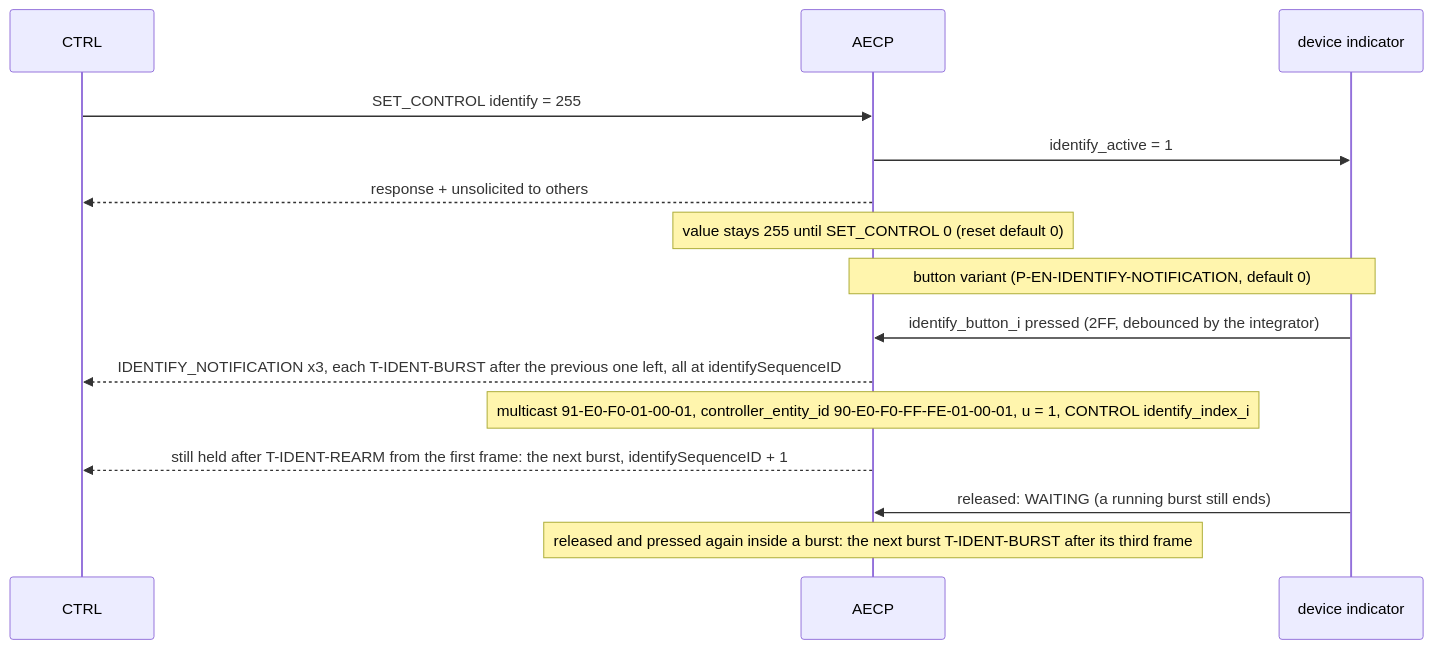
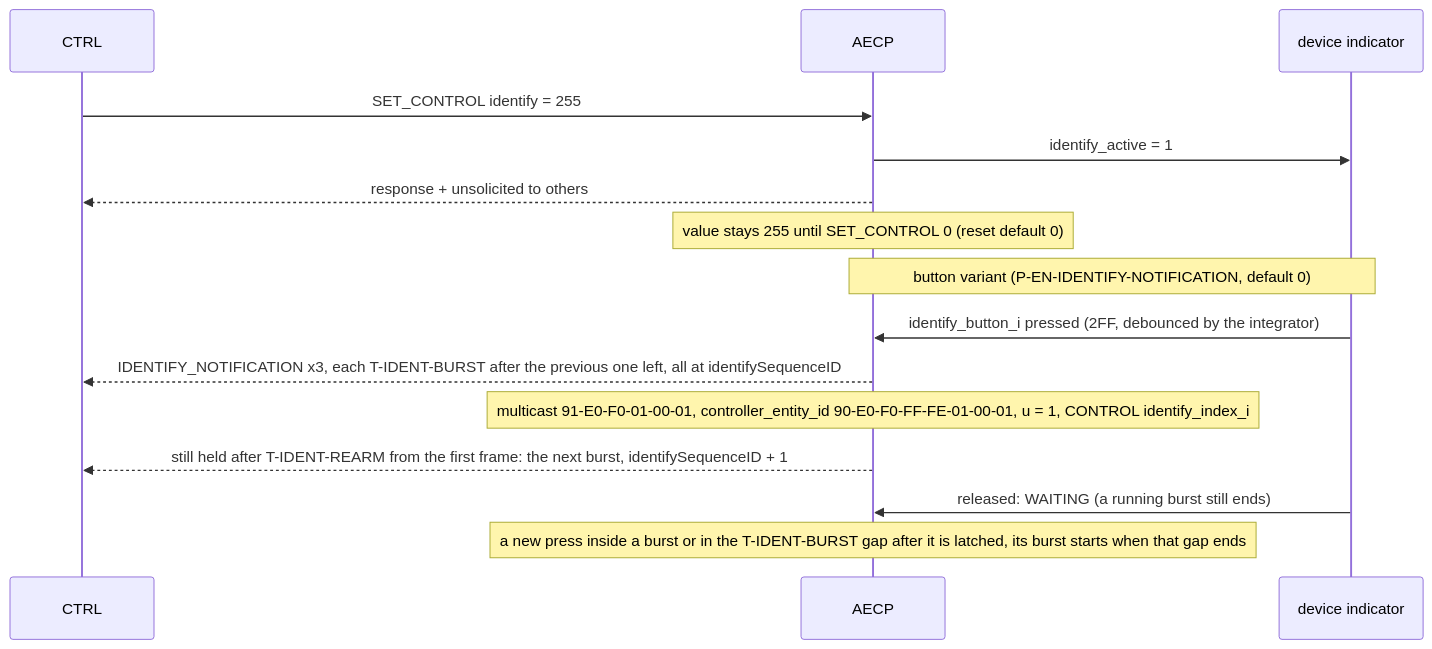
Before and after one commit to Mister-M-alt/protocol-processor-control-plane-avb-milan: the eighth of 8 diagrams in docs/architecture/06_aecp_engine.md, drawn with Mermaid. The commit also changed other lines of this file and 9 other files, not shown here.

Commit message:
Latch an identify press made inside a burst or in the T-IDENT-BURST gap after it, so its burst starts when the gap ends, and grade it in pp_top ID8 with three controls (R420-2 F1, R421-2 F1)

````diff
--- a/docs/architecture/06_aecp_engine.md
+++ b/docs/architecture/06_aecp_engine.md
@@ -902,17 +906,17 @@
 ```mermaid
 sequenceDiagram
     participant CTRL
     participant AECP
     participant DEV as device indicator
     CTRL->>AECP: SET_CONTROL identify = 255
     AECP->>DEV: identify_active = 1
     AECP-->>CTRL: response + unsolicited to others
     Note over AECP: value stays 255 until SET_CONTROL 0 (reset default 0)
     Note over AECP,DEV: button variant (P-EN-IDENTIFY-NOTIFICATION, default 0)
     DEV->>AECP: identify_button_i pressed (2FF, debounced by the integrator)
     AECP-->>CTRL: IDENTIFY_NOTIFICATION x3, each T-IDENT-BURST after the previous one left, all at identifySequenceID
     Note over AECP: multicast 91-E0-F0-01-00-01, controller_entity_id 90-E0-F0-FF-FE-01-00-01, u = 1, CONTROL identify_index_i
     AECP-->>CTRL: still held after T-IDENT-REARM from the first frame: the next burst, identifySequenceID + 1
     DEV->>AECP: released: WAITING (a running burst still ends)
-    Note over AECP: released and pressed again inside a burst: the next burst T-IDENT-BURST after its third frame
+    Note over AECP: a new press inside a burst or in the T-IDENT-BURST gap after it is latched, its burst starts when that gap ends
 ```
````
